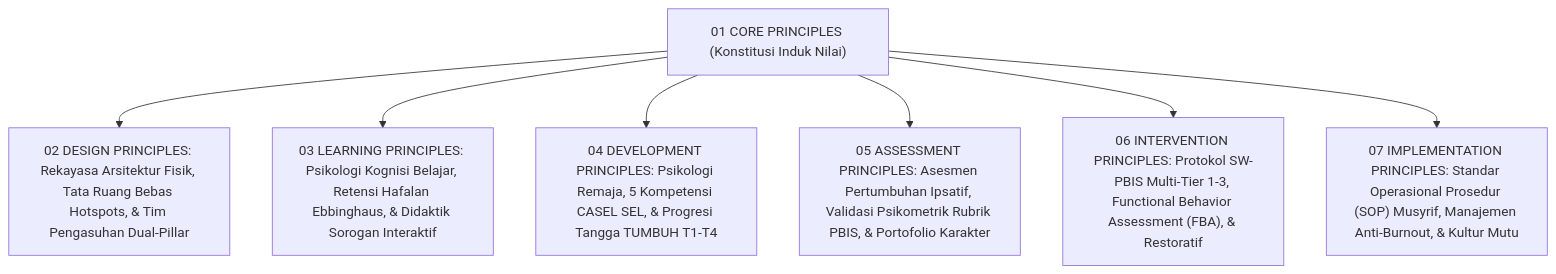
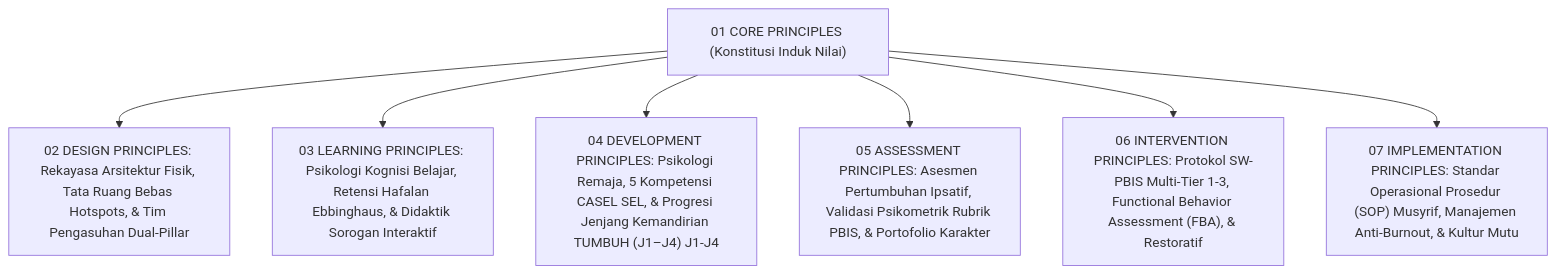
One commit to wandiapriliyandi/tumbuh changed the ninth of 10 diagrams in 02 Principles/01 Core Principles/P2-01-07-Sintesis-Core-Principles-TUMBUH.md. Above: the diagram before and after it, drawn with Mermaid. The commit also changed other lines of this file and 209 other files, not shown here.

````diff
--- a/02 Principles/01 Core Principles/P2-01-07-Sintesis-Core-Principles-TUMBUH.md
+++ b/02 Principles/01 Core Principles/P2-01-07-Sintesis-Core-Principles-TUMBUH.md
@@ -382,11 +382,11 @@
 ```mermaid
 graph TD
     CP["01 CORE PRINCIPLES (Konstitusi Induk Nilai)"]
     
     CP --> D02["02 DESIGN PRINCIPLES: Rekayasa Arsitektur Fisik, Tata Ruang Bebas Hotspots, & Tim Pengasuhan Dual-Pillar"]
     CP --> D03["03 LEARNING PRINCIPLES: Psikologi Kognisi Belajar, Retensi Hafalan Ebbinghaus, & Didaktik Sorogan Interaktif"]
-    CP --> D04["04 DEVELOPMENT PRINCIPLES: Psikologi Remaja, 5 Kompetensi CASEL SEL, & Progresi Tangga TUMBUH T1-T4"]
+    CP --> D04["04 DEVELOPMENT PRINCIPLES: Psikologi Remaja, 5 Kompetensi CASEL SEL, & Progresi Jenjang Kemandirian TUMBUH (J1–J4) J1-J4"]
     CP --> D05["05 ASSESSMENT PRINCIPLES: Asesmen Pertumbuhan Ipsatif, Validasi Psikometrik Rubrik PBIS, & Portofolio Karakter"]
     CP --> D06["06 INTERVENTION PRINCIPLES: Protokol SW-PBIS Multi-Tier 1-3, Functional Behavior Assessment (FBA), & Restoratif"]
     CP --> D07["07 IMPLEMENTATION PRINCIPLES: Standar Operasional Prosedur (SOP) Musyrif, Manajemen Anti-Burnout, & Kultur Mutu"]
 ```
````
